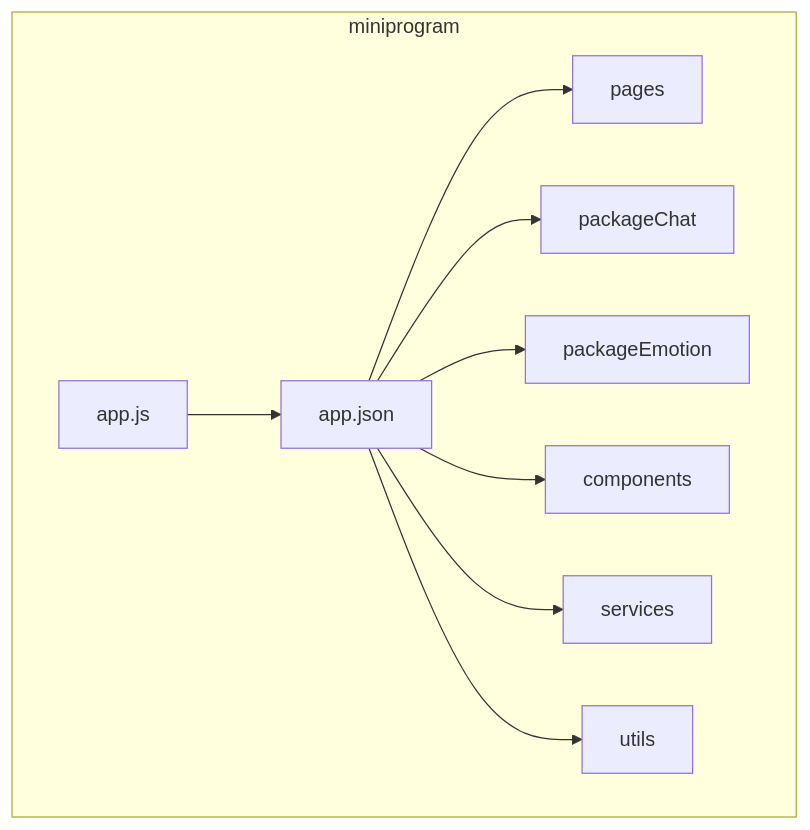
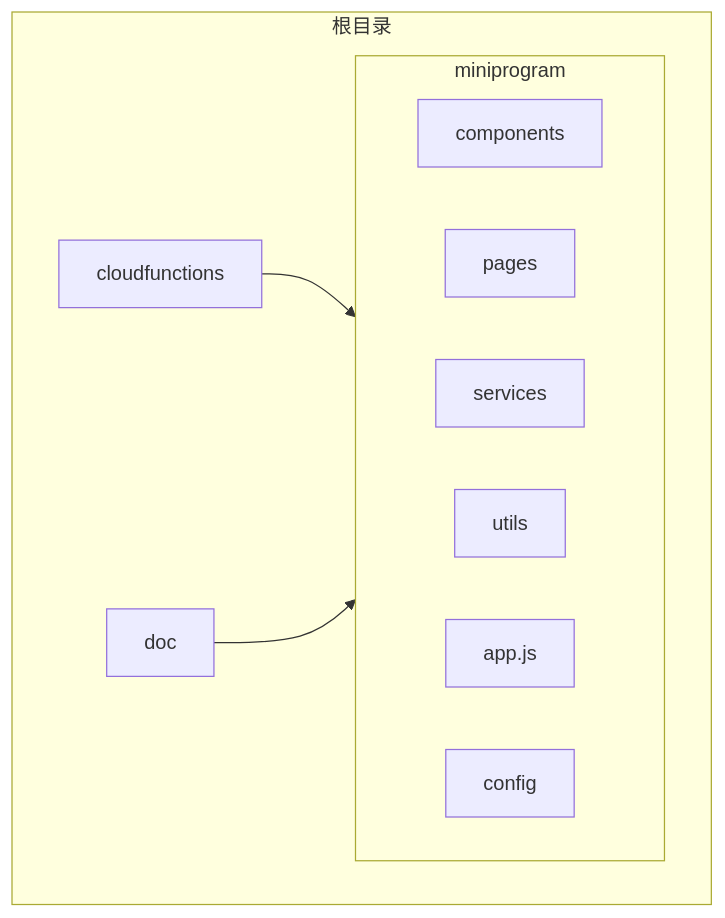
Before and after one commit to RainbowRain9/HeartChat: the first of 8 diagrams in .qoder/repowiki/zh/content/前端架构/前端架构.md, drawn with Mermaid. The commit also changed other lines of this file and 208 other files, not shown here.

````diff
--- a/.qoder/repowiki/zh/content/前端架构/前端架构.md
+++ b/.qoder/repowiki/zh/content/前端架构/前端架构.md
@@ -45,12 +31,18 @@
 ```mermaid
 graph TB
+subgraph "根目录"
+cloudfunctions[cloudfunctions]
+doc[doc]
+miniprogram[miniprogram]
+end
 subgraph "miniprogram"
-A[app.js] --> B[app.json]
-B --> C[pages]
-B --> D[packageChat]
-B --> E[packageEmotion]
-B --> F[components]
-B --> G[services]
-B --> H[utils]
+components[components]
+pages[pages]
+services[services]
+utils[utils]
+app[app.js]
+config[config]
 end
+cloudfunctions --> miniprogram
+doc --> miniprogram
 ```
````
